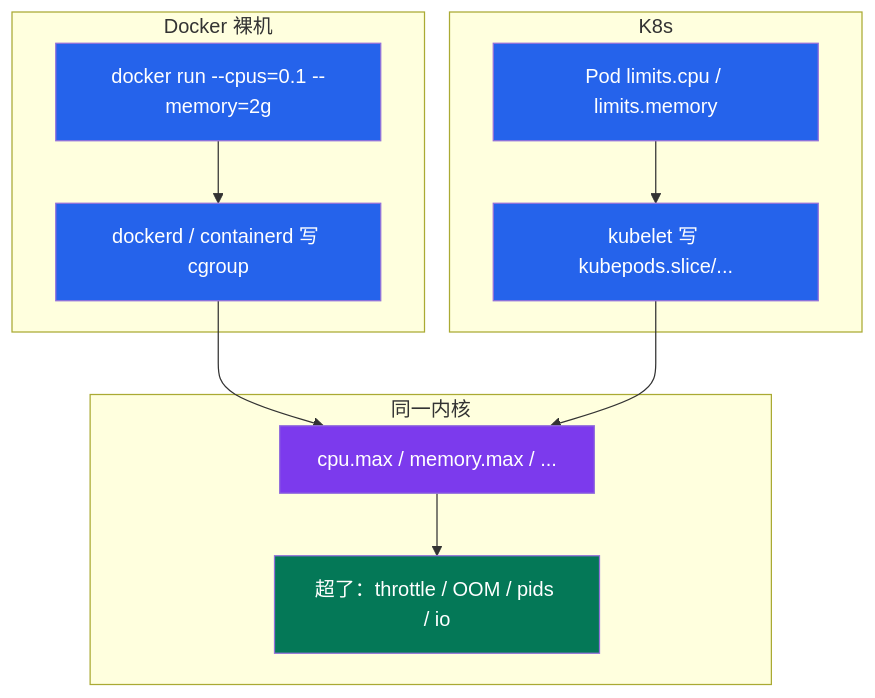
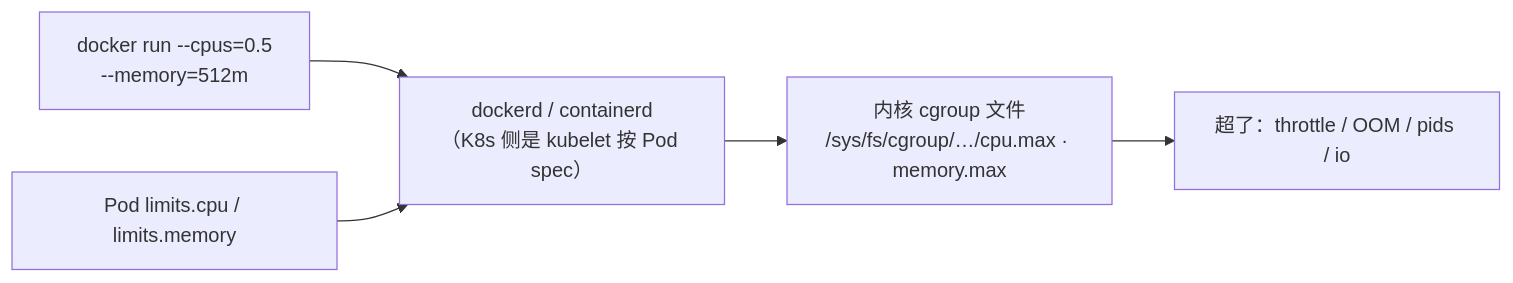
Before and after one commit to ml-cuizijun/LearnToLilith: the second of 4 diagrams in 01-基础底座/10-cgroup与容器/知识点.md, drawn with Mermaid. The commit also changed other lines of this file and 470 other files, not shown here.

````diff
--- a/01-基础底座/10-cgroup与容器/知识点.md
+++ b/01-基础底座/10-cgroup与容器/知识点.md
@@ -313,23 +42,7 @@
 ```mermaid
-flowchart TB
-    subgraph DOCKER["Docker 裸机"]
-        D1["docker run --cpus=0.1 --memory=2g"] --> D2["dockerd / containerd 写 cgroup"]
-    end
-    subgraph K8S["K8s"]
-        K1["Pod limits.cpu / limits.memory"] --> K2["kubelet 写 kubepods.slice/..."]
-    end
-    subgraph SAME["同一内核"]
-        S1["cpu.max / memory.max / ..."]
-        S2["超了：throttle / OOM / pids / io"]
-    end
-    D2 --> S1
-    K2 --> S1
-    S1 --> S2
-
-    classDef a fill:#2563EB,color:#fff
-    classDef b fill:#7C3AED,color:#fff
-    classDef c fill:#047857,color:#fff
-    class D1,D2,K1,K2 a
-    class S1 b
-    class S2 c
+flowchart LR
+    D["docker run --cpus=0.5<br/>--memory=512m"] --> RT["dockerd / containerd<br/>（K8s 侧是 kubelet 按 Pod spec）"]
+    K["Pod limits.cpu / limits.memory"] --> RT
+    RT --> F["内核 cgroup 文件<br/>/sys/fs/cgroup/…/cpu.max · memory.max"]
+    F --> X["超了：throttle / OOM / pids / io"]
 ```
````
